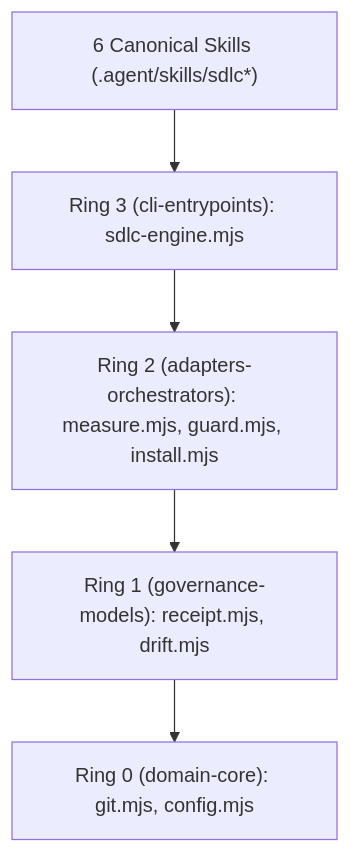
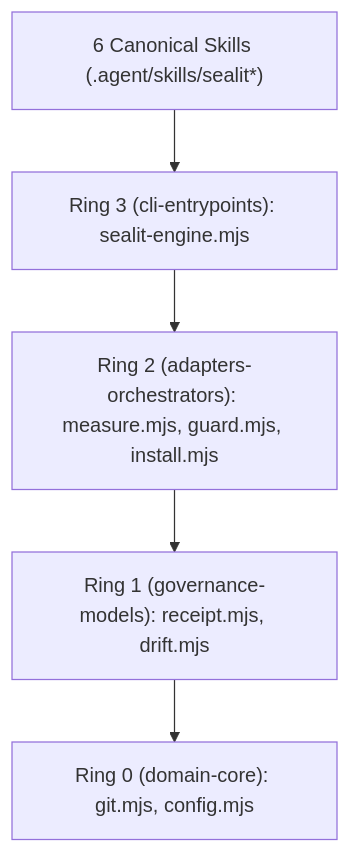
One commit to fmatar/sealit changed the diagram in docs/SRS.md. Above: the diagram before and after it, drawn with Mermaid. The commit also changed other lines of this file and 77 other files, not shown here.

````diff
--- a/docs/SRS.md
+++ b/docs/SRS.md
@@ -29,7 +29,7 @@
 ```mermaid
 flowchart TD
-    Skills["6 Canonical Skills (.agent/skills/sdlc*)"] --> CLI["Ring 3 (cli-entrypoints): sdlc-engine.mjs"]
+    Skills["6 Canonical Skills (.agent/skills/sealit*)"] --> CLI["Ring 3 (cli-entrypoints): sealit-engine.mjs"]
     CLI --> Adapters["Ring 2 (adapters-orchestrators): measure.mjs, guard.mjs, install.mjs"]
     Adapters --> Governance["Ring 1 (governance-models): receipt.mjs, drift.mjs"]
     Governance --> Core["Ring 0 (domain-core): git.mjs, config.mjs"]
 ```
````
